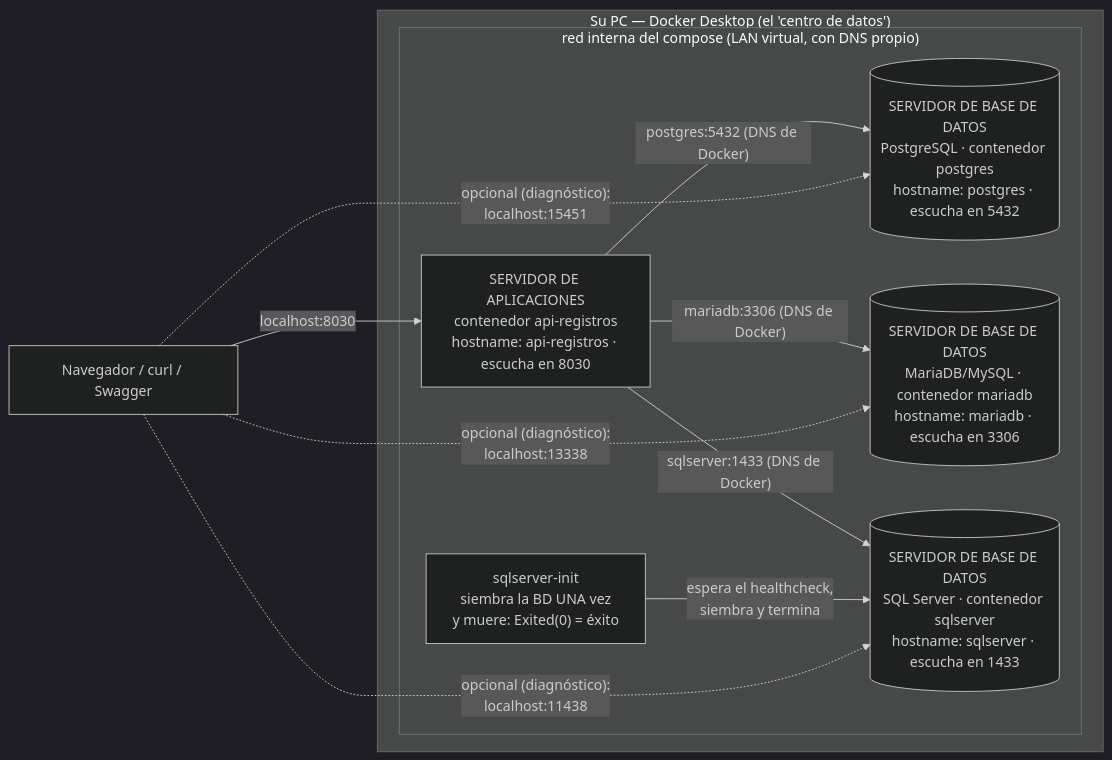
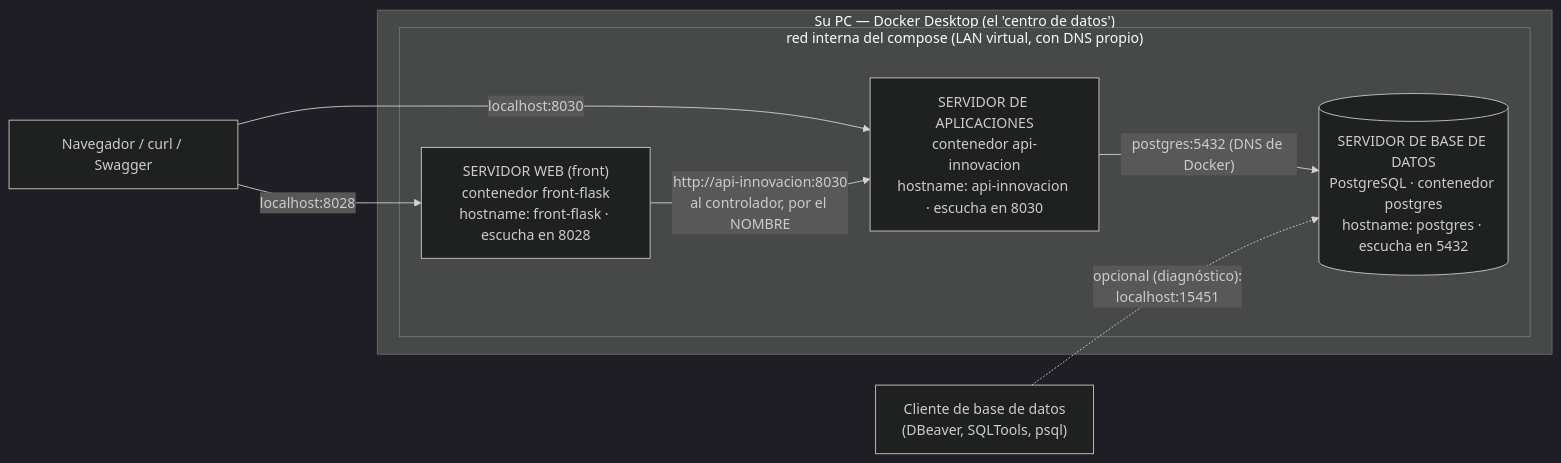
One commit to ccastro2050/proyecto_paradigmas_innovacion_curricular1 changed the first of 2 diagrams in docs/CONCEPTOS_DOCKER.md. Above: the diagram before and after it, drawn with Mermaid (dark theme). The commit also changed other lines of this file, not shown here.

Commit message:
docs(docker): el diagrama sale del docker-compose real, y ninguna flecha miente
Tres cosas que el dibujo decia y no eran ciertas:

1. Una flecha punteada iba del FRONT a una base de datos para decir que NO
   existe. Dibujar lo que no pasa ensena lo contrario: lo que queda es la
   linea, y ademas sugeria que lo unico que lo impide es estar en otra red.
   Se quita. El front habla con los controladores de la API y ahi se acaba.

2. La punteada al puerto de la base salia del navegador, y un navegador no
   habla SQL. Esa conexion si existe, pero quien la usa es un cliente de base
   de datos: ahora tiene su propio nodo.

3. El diagrama de despliegue venia copiado de otro proyecto: dibujaba
   contenedores que no existen aqui, se saltaba el front entero y citaba
   puertos de otro repositorio. Ahora se genera desde el docker-compose.yml
   de ESTE repo: un nodo por servicio declarado, una puerta localhost:N solo
   si el compose la publica, y una flecha entre servicios solo si uno nombra
   al otro en su environment o en depends_on.

Verificado: 169 puertas dibujadas, 0 que el compose no publique; 0 repos con
contenedores inventados u omitidos; los diagramas renderizan con mmdc.

````diff
--- a/docs/CONCEPTOS_DOCKER.md
+++ b/docs/CONCEPTOS_DOCKER.md
@@ -195,21 +195,17 @@
 ```mermaid
 flowchart LR
     NAV["Navegador / curl / Swagger"]
+    CLIENTE["Cliente de base de datos<br/>(DBeaver, SQLTools, psql)"]
     subgraph PC["Su PC — Docker Desktop (el 'centro de datos')"]
         subgraph RED["red interna del compose (LAN virtual, con DNS propio)"]
-            APIFACTURAS["SERVIDOR DE APLICACIONES<br/>contenedor api-registros<br/>hostname: api-registros · escucha en 8030"]
+            FRONTFLASK["SERVIDOR WEB (front)<br/>contenedor front-flask<br/>hostname: front-flask · escucha en 8028"]
+            APIINNOVACION["SERVIDOR DE APLICACIONES<br/>contenedor api-innovacion<br/>hostname: api-innovacion · escucha en 8030"]
             POSTGRES[("SERVIDOR DE BASE DE DATOS<br/>PostgreSQL · contenedor postgres<br/>hostname: postgres · escucha en 5432")]
-            MARIADB[("SERVIDOR DE BASE DE DATOS<br/>MariaDB/MySQL · contenedor mariadb<br/>hostname: mariadb · escucha en 3306")]
-            SQLSERVER[("SERVIDOR DE BASE DE DATOS<br/>SQL Server · contenedor sqlserver<br/>hostname: sqlserver · escucha en 1433")]
-            SQLSERVERINIT["sqlserver-init<br/>siembra la BD UNA vez<br/>y muere: Exited(0) = éxito"]
         end
     end
-    NAV -->|"localhost:8030"| APIFACTURAS
-    APIFACTURAS -->|"postgres:5432 (DNS de Docker)"| POSTGRES
-    APIFACTURAS -->|"mariadb:3306 (DNS de Docker)"| MARIADB
-    APIFACTURAS -->|"sqlserver:1433 (DNS de Docker)"| SQLSERVER
-    SQLSERVERINIT -->|"espera el healthcheck,<br/>siembra y termina"| SQLSERVER
-    NAV -.->|"opcional (diagnóstico):<br/>localhost:15451"| POSTGRES
-    NAV -.->|"opcional (diagnóstico):<br/>localhost:13338"| MARIADB
-    NAV -.->|"opcional (diagnóstico):<br/>localhost:11438"| SQLSERVER
+    NAV -->|"localhost:8030"| APIINNOVACION
+    NAV -->|"localhost:8028"| FRONTFLASK
+    APIINNOVACION -->|"postgres:5432 (DNS de Docker)"| POSTGRES
+    FRONTFLASK -->|"http://api-innovacion:8030<br/>al controlador, por el NOMBRE"| APIINNOVACION
+    CLIENTE -.->|"opcional (diagnóstico):<br/>localhost:15451"| POSTGRES
 ```
````
